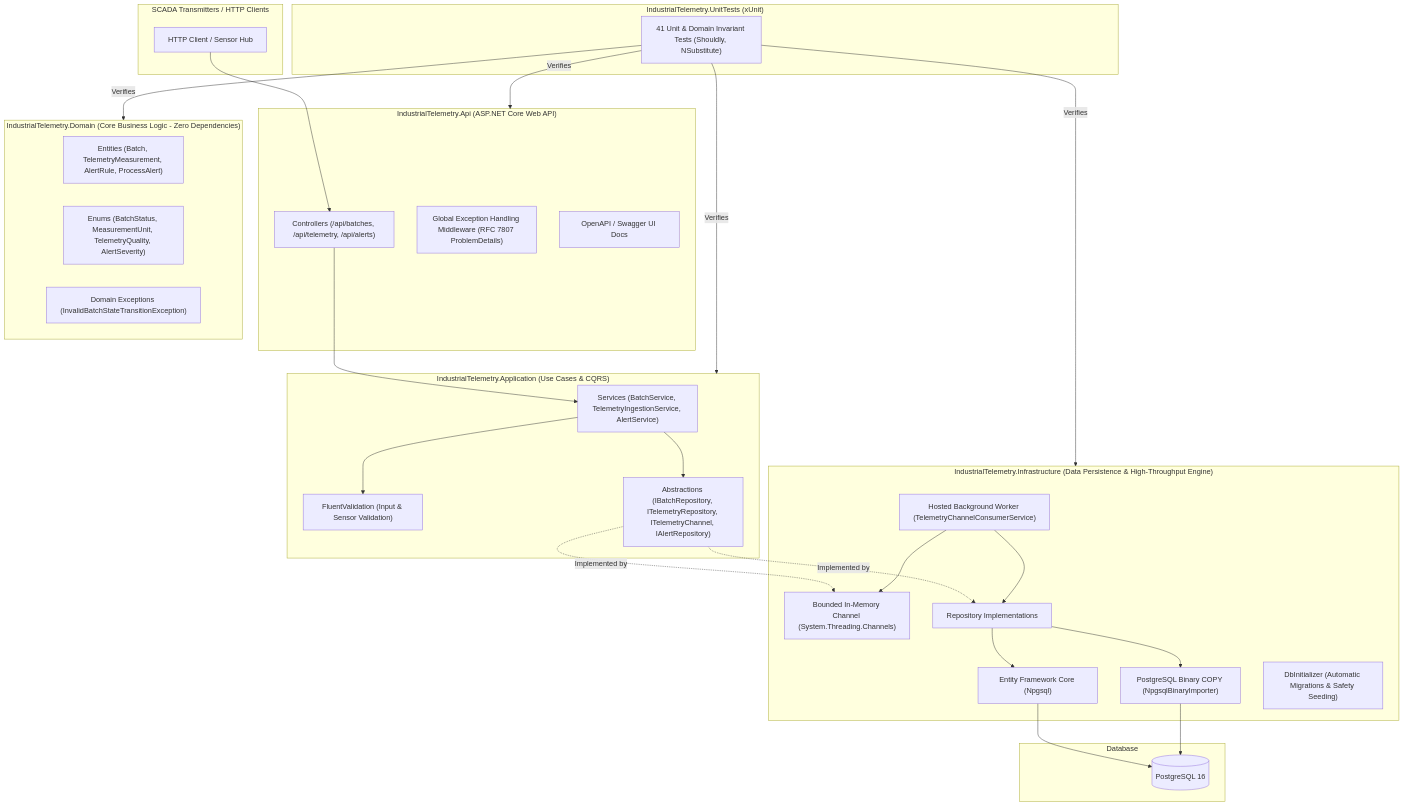
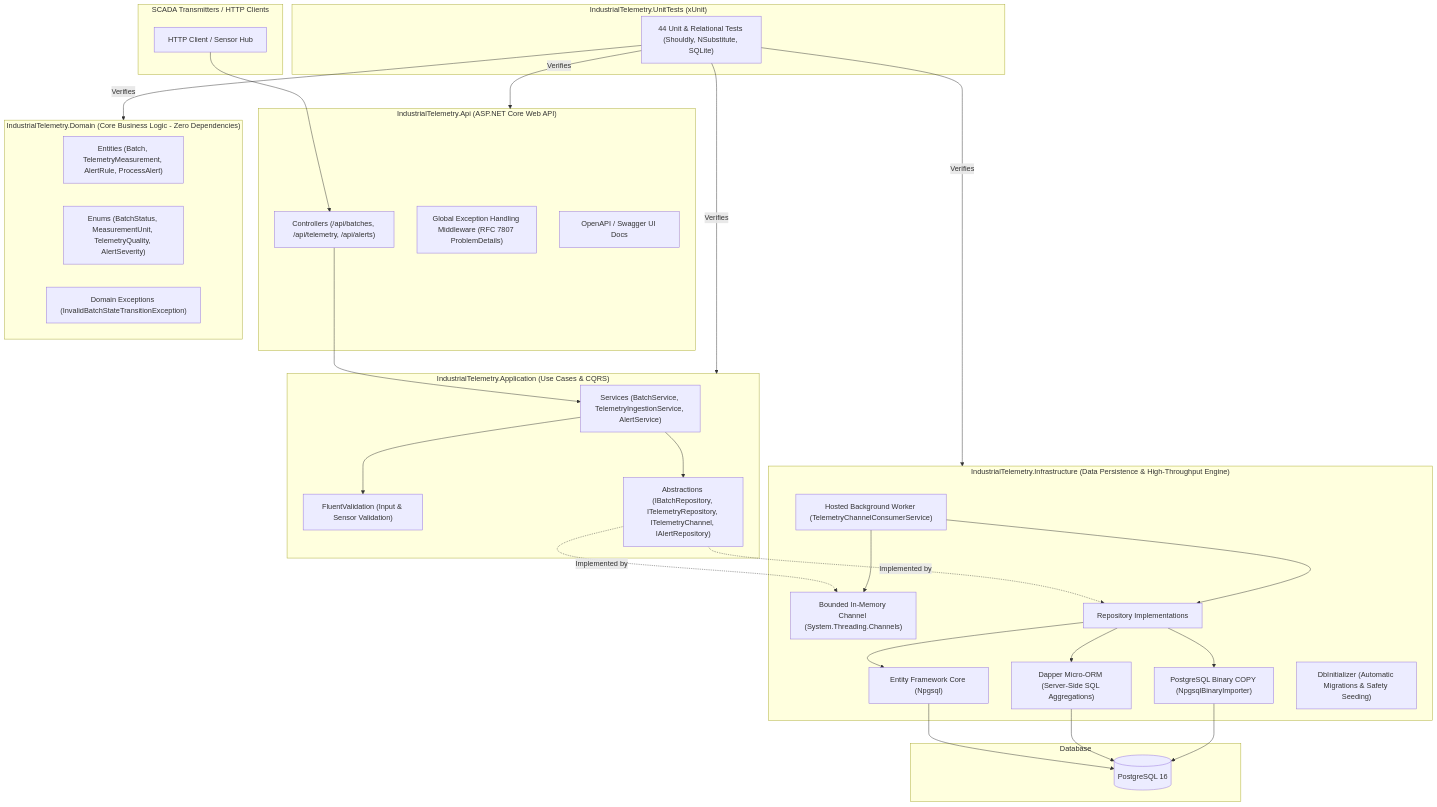
The first of 3 diagrams in README.md (yancsalmeida/IndustrialTelemetry.Engine), drawn with Mermaid before and after one commit. The commit also changed other lines of this file and 8 other files, not shown here.

Commit message:
feat(persistence): implement Dapper server-side SQL aggregation and eliminate N+1 alert count query

````diff
--- a/README.md
+++ b/README.md
@@ -19,58 +19,61 @@
 ```mermaid
 flowchart TD
     subgraph Client["SCADA Transmitters / HTTP Clients"]
         HTTP["HTTP Client / Sensor Hub"]
     end
 
     subgraph API["IndustrialTelemetry.Api (ASP.NET Core Web API)"]
         Endpoints["Controllers (/api/batches, /api/telemetry, /api/alerts)"]
         Middleware["Global Exception Handling Middleware (RFC 7807 ProblemDetails)"]
         Swagger["OpenAPI / Swagger UI Docs"]
     end
 
     subgraph App["IndustrialTelemetry.Application (Use Cases & CQRS)"]
         Services["Services (BatchService, TelemetryIngestionService, AlertService)"]
         Validators["FluentValidation (Input & Sensor Validation)"]
         Interfaces["Abstractions (IBatchRepository, ITelemetryRepository, ITelemetryChannel, IAlertRepository)"]
     end
 
     subgraph Domain["IndustrialTelemetry.Domain (Core Business Logic - Zero Dependencies)"]
         Entities["Entities (Batch, TelemetryMeasurement, AlertRule, ProcessAlert)"]
         Enums["Enums (BatchStatus, MeasurementUnit, TelemetryQuality, AlertSeverity)"]
         Exceptions["Domain Exceptions (InvalidBatchStateTransitionException)"]
     end
 
     subgraph Infra["IndustrialTelemetry.Infrastructure (Data Persistence & High-Throughput Engine)"]
         EFCore["Entity Framework Core (Npgsql)"]
+        Dapper["Dapper Micro-ORM (Server-Side SQL Aggregations)"]
         BinaryCopy["PostgreSQL Binary COPY (NpgsqlBinaryImporter)"]
         Channel["Bounded In-Memory Channel (System.Threading.Channels)"]
         Worker["Hosted Background Worker (TelemetryChannelConsumerService)"]
         Repos["Repository Implementations"]
         DbInit["DbInitializer (Automatic Migrations & Safety Seeding)"]
     end
 
     subgraph DB["Database"]
         PG[("PostgreSQL 16")]
     end
 
     subgraph Tests["IndustrialTelemetry.UnitTests (xUnit)"]
-        UnitTests["41 Unit & Domain Invariant Tests (Shouldly, NSubstitute)"]
+        UnitTests["44 Unit & Relational Tests (Shouldly, NSubstitute, SQLite)"]
     end
 
     HTTP --> Endpoints
     Endpoints --> Services
     Services --> Validators
     Services --> Interfaces
     Interfaces -.->|"Implemented by"| Repos
     Interfaces -.->|"Implemented by"| Channel
     Repos --> EFCore
+    Repos --> Dapper
     Repos --> BinaryCopy
     Worker --> Channel
     Worker --> Repos
     EFCore --> PG
+    Dapper --> PG
     BinaryCopy --> PG
     UnitTests -->|"Verifies"| Domain
     UnitTests -->|"Verifies"| App
     UnitTests -->|"Verifies"| Infra
     UnitTests -->|"Verifies"| API
 ```
````
